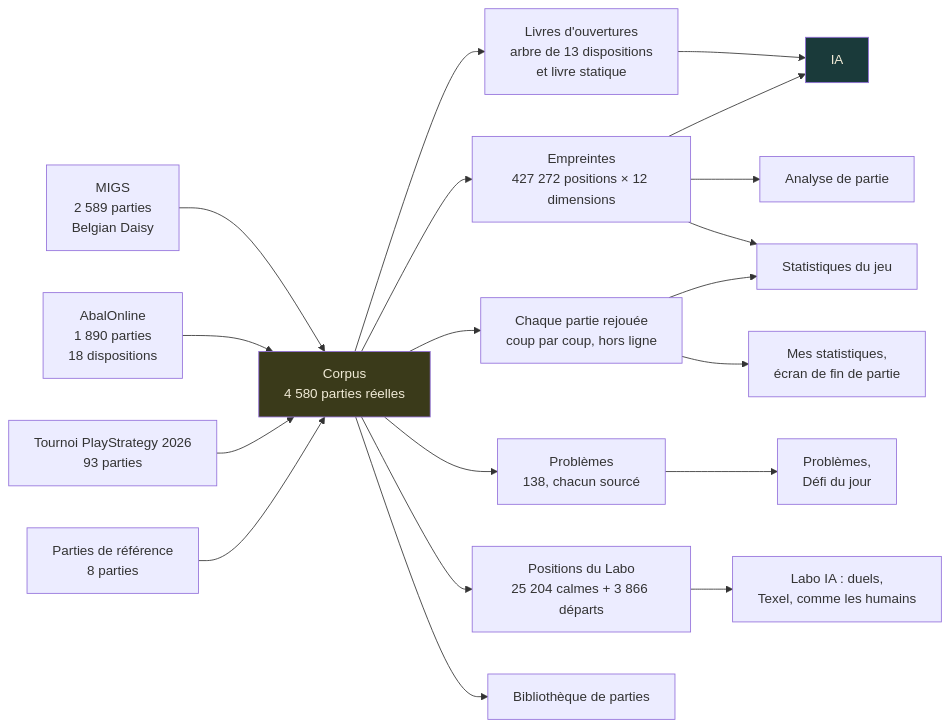
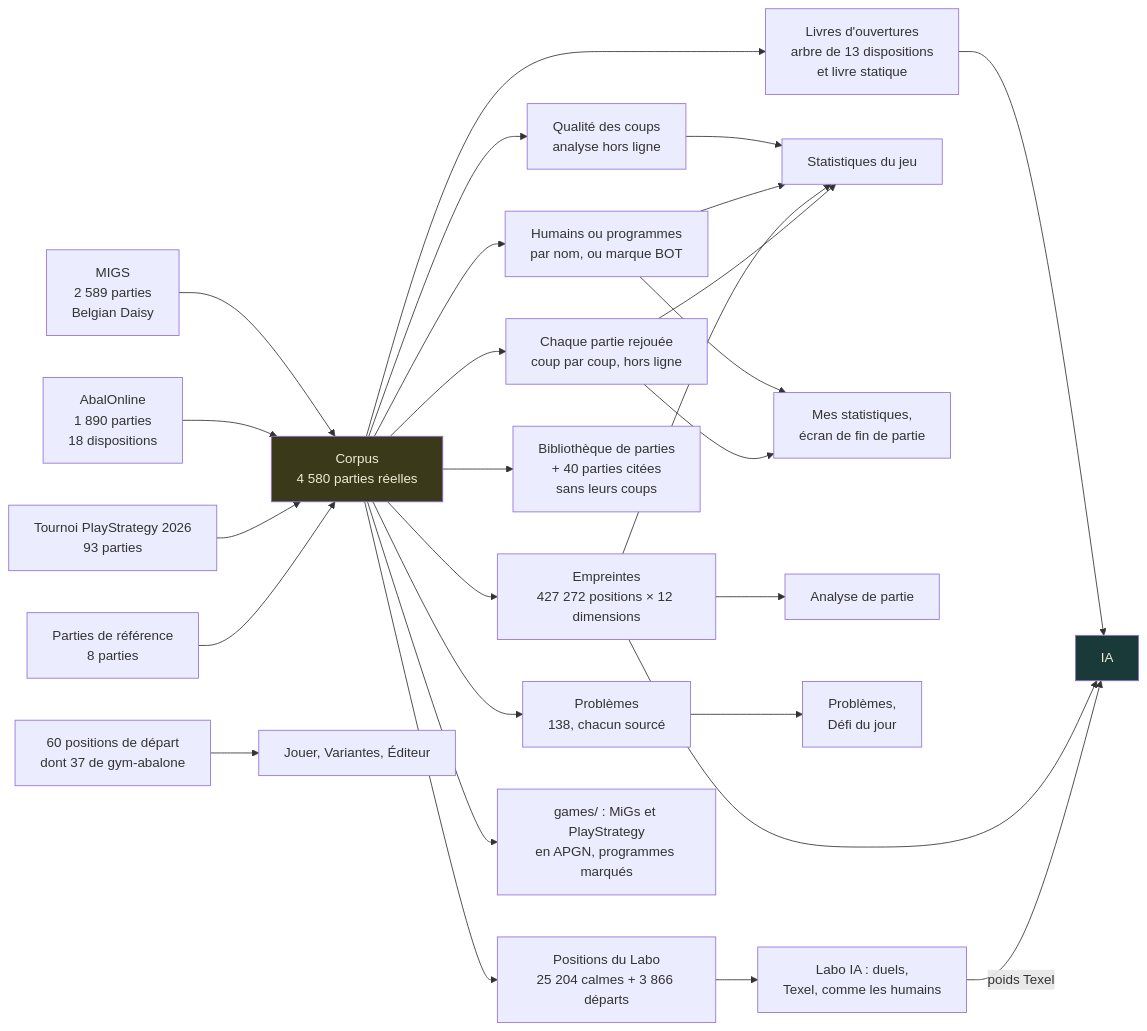
The second of 3 diagrams in docs-fr/Architecture.fr.md (ocj94/Abalassembly), drawn with Mermaid before and after one commit. The commit also changed other lines of this file and 8 other files, not shown here.

First line of the commit message:
v2.96 : page Architecture remise a jour ; PlayStrategy n'est plus bloque par le site

````diff
--- a/docs-fr/Architecture.fr.md
+++ b/docs-fr/Architecture.fr.md
@@ -60,26 +61,34 @@
 ```mermaid
 flowchart LR
     S1[MIGS<br/>2 589 parties<br/>Belgian Daisy] --> C[Corpus<br/>4 580 parties réelles]
     S2[AbalOnline<br/>1 890 parties<br/>18 dispositions] --> C
     S3[Tournoi PlayStrategy 2026<br/>93 parties] --> C
     S4[Parties de référence<br/>8 parties] --> C
 
     C --> O[Livres d'ouvertures<br/>arbre de 13 dispositions<br/>et livre statique]
     C --> E[Empreintes<br/>427 272 positions × 12 dimensions]
     C --> R[Chaque partie rejouée<br/>coup par coup, hors ligne]
     C --> P[Problèmes<br/>138, chacun sourcé]
     C --> LP[Positions du Labo<br/>25 204 calmes + 3 866 départs]
-    C --> L[Bibliothèque de parties]
+    C --> L[Bibliothèque de parties<br/>+ 40 parties citées<br/>sans leurs coups]
+    C --> Q[Qualité des coups<br/>analyse hors ligne]
+    C --> HP[Humains ou programmes<br/>par nom, ou marque BOT]
+    C --> AP[games/ : MiGs et PlayStrategy<br/>en APGN, programmes marqués]
+    D[60 positions de départ<br/>dont 37 de gym-abalone] --> V[Jouer, Variantes, Éditeur]
+    Q --> ST
+    HP --> ST
+    HP --> MS
 
     O --> AI[IA]
     E --> AI
     E --> AN[Analyse de partie]
     E --> ST[Statistiques du jeu]
     R --> ST
     R --> MS[Mes statistiques,<br/>écran de fin de partie]
     P --> PB[Problèmes,<br/>Défi du jour]
     LP --> LAB[Labo IA : duels,<br/>Texel, comme les humains]
+    LAB -->|poids Texel| AI
 
     style C fill:#3a3a1a,color:#f0ead6
     style AI fill:#1a3a3a,color:#f0ead6
 ```
````
